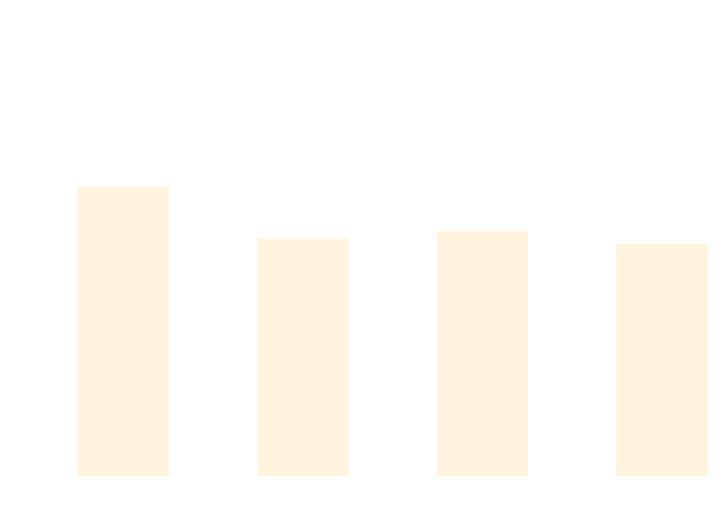
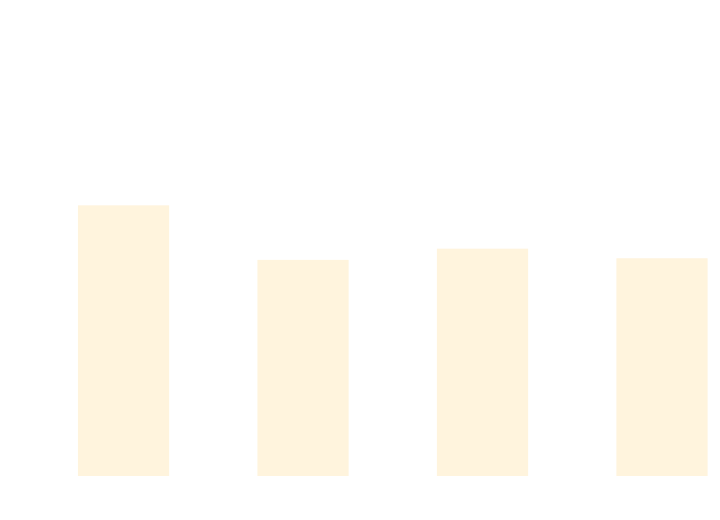
One commit to thomhurst/TUnit changed the diagram in docs/docs/benchmarks/BuildTime.md. Above: the diagram before and after it, drawn with Mermaid. The commit also changed other lines of this file and 17 other files, not shown here.

````diff
--- a/docs/docs/benchmarks/BuildTime.md
+++ b/docs/docs/benchmarks/BuildTime.md
@@ -28,37 +28,37 @@
 ```mermaid
 %%{init: {
   'theme':'base',
   'themeVariables': {
     'primaryColor': '#2563eb',
     'primaryTextColor': '#ffffff',
     'primaryBorderColor': '#1e40af',
     'lineColor': '#6b7280',
     'secondaryColor': '#7c3aed',
     'tertiaryColor': '#dc2626',
     'background': '#ffffff',
     'mainBkg': '#2563eb',
     'secondBkg': '#7c3aed',
     'tertiaryBkg': '#dc2626',
     'clusterBkg': '#f3f4f6',
     'edgeLabelBackground': '#ffffff',
     'tertiaryTextColor': '#1f2937',
     'pie1': '#2563eb',
     'pie2': '#7c3aed',
     'pie3': '#dc2626',
     'pie4': '#f59e0b',
     'pie5': '#10b981',
     'pie6': '#06b6d4',
     'pie7': '#ec4899',
     'pie8': '#6366f1',
     'pie9': '#84cc16',
     'pie10': '#f97316',
     'pie11': '#14b8a6',
     'pie12': '#a855f7'
   }
 }}%%
 xychart-beta
   title "Build Time Comparison"
   x-axis ["Build_TUnit", "Build_NUnit", "Build_MSTest", "Build_xUnit3"]
   y-axis "Time (s)" 0 --> 3
-  bar [2.081, 1.697, 1.756, 1.657]
+  bar [1.942, 1.538, 1.621, 1.55]
 ```
````
